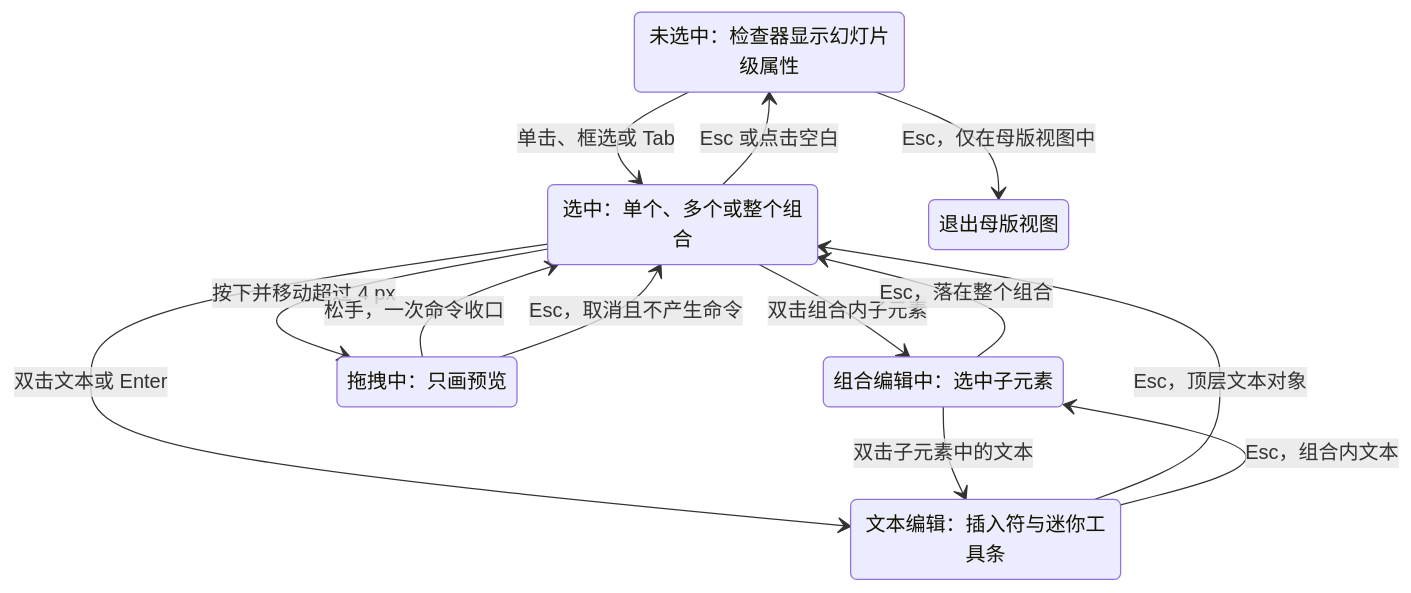
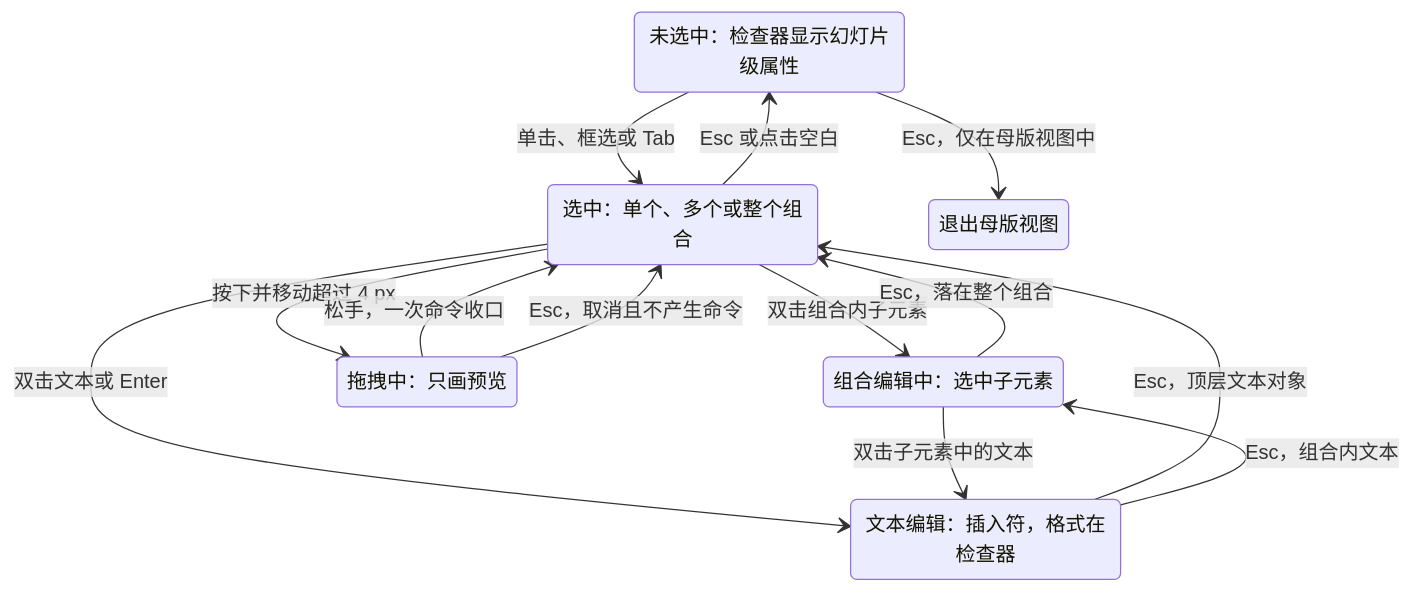
One commit to Xeonice/cordis-ppt-editor changed the fifth of 10 diagrams in docs/50-frontend/10-editor-shell-and-interaction.md. Above: the diagram before and after it, drawn with Mermaid. The commit also changed other lines of this file and 25 other files, not shown here.

````diff
--- a/docs/50-frontend/10-editor-shell-and-interaction.md
+++ b/docs/50-frontend/10-editor-shell-and-interaction.md
@@ -327,21 +434,21 @@
 ```mermaid
 stateDiagram-v2
   state "未选中：检查器显示幻灯片级属性" as none
   state "选中：单个、多个或整个组合" as selected
   state "组合编辑中：选中子元素" as child
-  state "文本编辑：插入符与迷你工具条" as editing
+  state "文本编辑：插入符，格式在检查器" as editing
   state "拖拽中：只画预览" as dragging
   state "退出母版视图" as leaveMaster
   none --> selected : 单击、框选或 Tab
   selected --> none : Esc 或点击空白
   selected --> child : 双击组合内子元素
   child --> selected : Esc，落在整个组合
   selected --> editing : 双击文本或 Enter
   child --> editing : 双击子元素中的文本
   editing --> selected : Esc，顶层文本对象
   editing --> child : Esc，组合内文本
   selected --> dragging : 按下并移动超过 4 px
   dragging --> selected : 松手，一次命令收口
   dragging --> selected : Esc，取消且不产生命令
   none --> leaveMaster : Esc，仅在母版视图中
 ```
````
